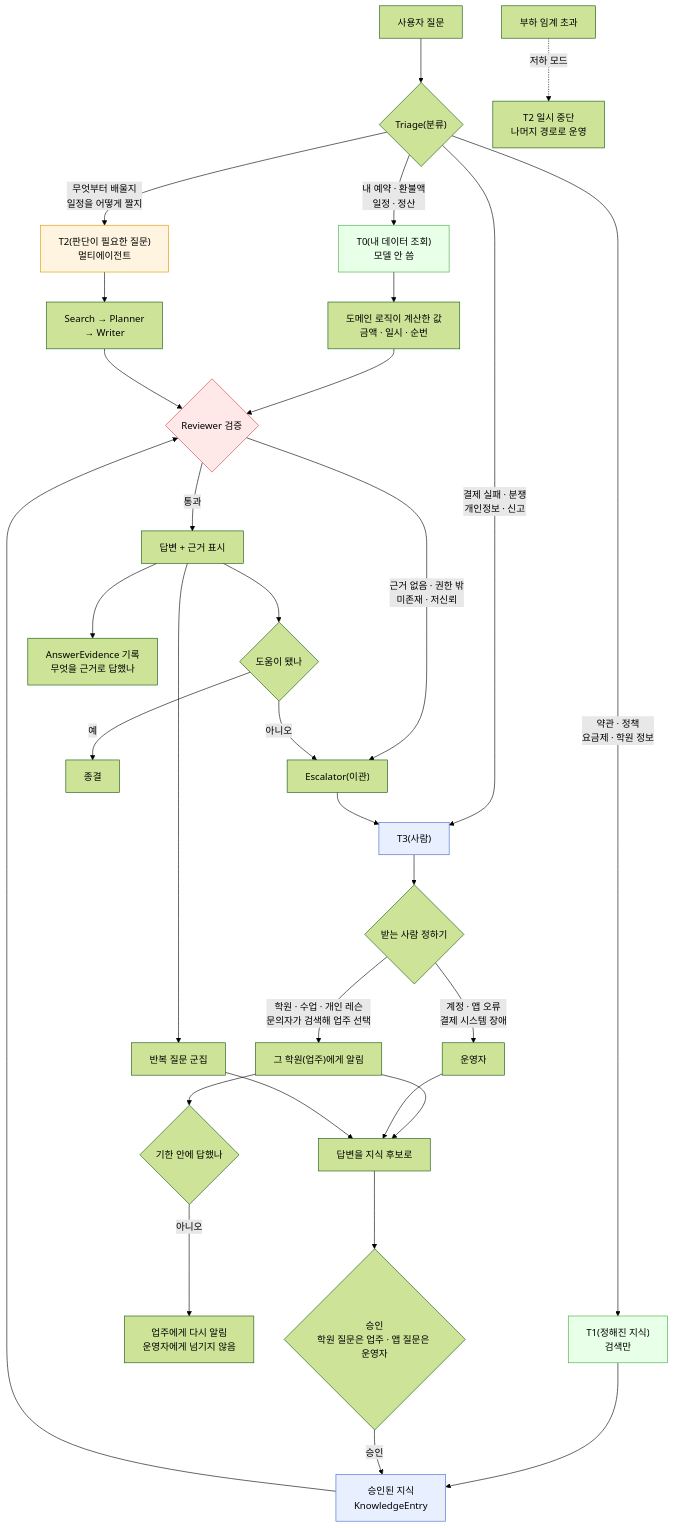
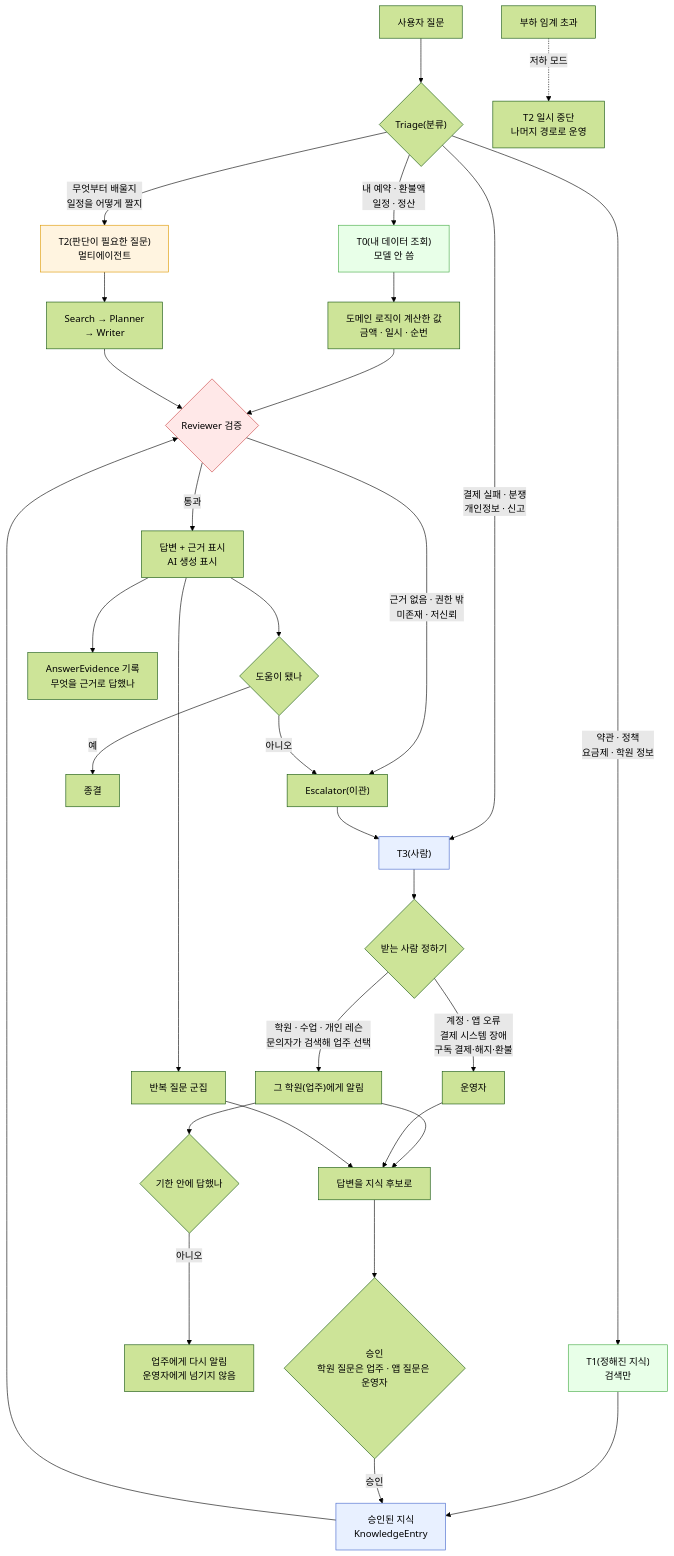
Before and after one commit to ChaeUngLim/kdancex4: diagram 14 of 14 in docs/kdancex4_service_definition_and_tech_stack.md, drawn with Mermaid (forest theme). The commit also changed other lines of this file and 21 other files, not shown here.

````diff
--- a/docs/kdancex4_service_definition_and_tech_stack.md
+++ b/docs/kdancex4_service_definition_and_tech_stack.md
@@ -1779,46 +1871,46 @@
 ```mermaid
 flowchart TB
     Q["사용자 질문"] --> TR{"Triage(분류)"}
 
     TR -->|"내 예약 · 환불액<br/>일정 · 정산"| T0["T0(내 데이터 조회)<br/>모델 안 씀"]
     TR -->|"약관 · 정책<br/>요금제 · 학원 정보"| T1["T1(정해진 지식)<br/>검색만"]
     TR -->|"무엇부터 배울지<br/>일정을 어떻게 짤지"| T2["T2(판단이 필요한 질문)<br/>멀티에이전트"]
     TR -->|"결제 실패 · 분쟁<br/>개인정보 · 신고"| T3["T3(사람)"]
 
     T0 --> DOM["도메인 로직이 계산한 값<br/>금액 · 일시 · 순번"]
     T1 --> KB["승인된 지식<br/>KnowledgeEntry"]
     T2 --> AG["Search → Planner<br/>→ Writer"]
 
     DOM --> RV{"Reviewer 검증"}
     KB --> RV
     AG --> RV
     RV -->|"근거 없음 · 권한 밖<br/>미존재 · 저신뢰"| ESC["Escalator(이관)"]
-    RV -->|"통과"| ANS["답변 + 근거 표시"]
+    RV -->|"통과"| ANS["답변 + 근거 표시<br/>AI 생성 표시"]
     ESC --> T3
     T3 --> HUMAN{"받는 사람 정하기"}
     HUMAN -->|"학원 · 수업 · 개인 레슨<br/>문의자가 검색해 업주 선택"| HA["그 학원(업주)에게 알림"]
-    HUMAN -->|"계정 · 앱 오류<br/>결제 시스템 장애"| HO["운영자"]
+    HUMAN -->|"계정 · 앱 오류<br/>결제 시스템 장애<br/>구독 결제·해지·환불"| HO["운영자"]
     HA --> UNRES{"기한 안에 답했나"}
     UNRES -->|"아니오"| HO2["업주에게 다시 알림<br/>운영자에게 넘기지 않음"]
 
     ANS --> FB{"도움이 됐나"}
     FB -->|"아니오"| ESC
     FB -->|"예"| CLOSE["종결"]
 
     ANS --> EV["AnswerEvidence 기록<br/>무엇을 근거로 답했나"]
     HA --> SEED["답변을 지식 후보로"]
     HO --> SEED
     ANS --> REP["반복 질문 군집"]
     REP --> SEED
     SEED --> APPROVE{"승인<br/>학원 질문은 업주 · 앱 질문은 운영자"}
     APPROVE -->|"승인"| KB
 
     LOAD["부하 임계 초과"] -.->|"저하 모드"| T2OFF["T2 일시 중단<br/>나머지 경로로 운영"]
 
     style T0 fill:#e8ffe8,stroke:#4a4
     style T1 fill:#e8ffe8,stroke:#4a4
     style T2 fill:#fff4e0,stroke:#d90
     style T3 fill:#e8f0ff,stroke:#46c
     style RV fill:#ffe8e8,stroke:#c44
     style KB fill:#e8f0ff,stroke:#46c
 ```
````
